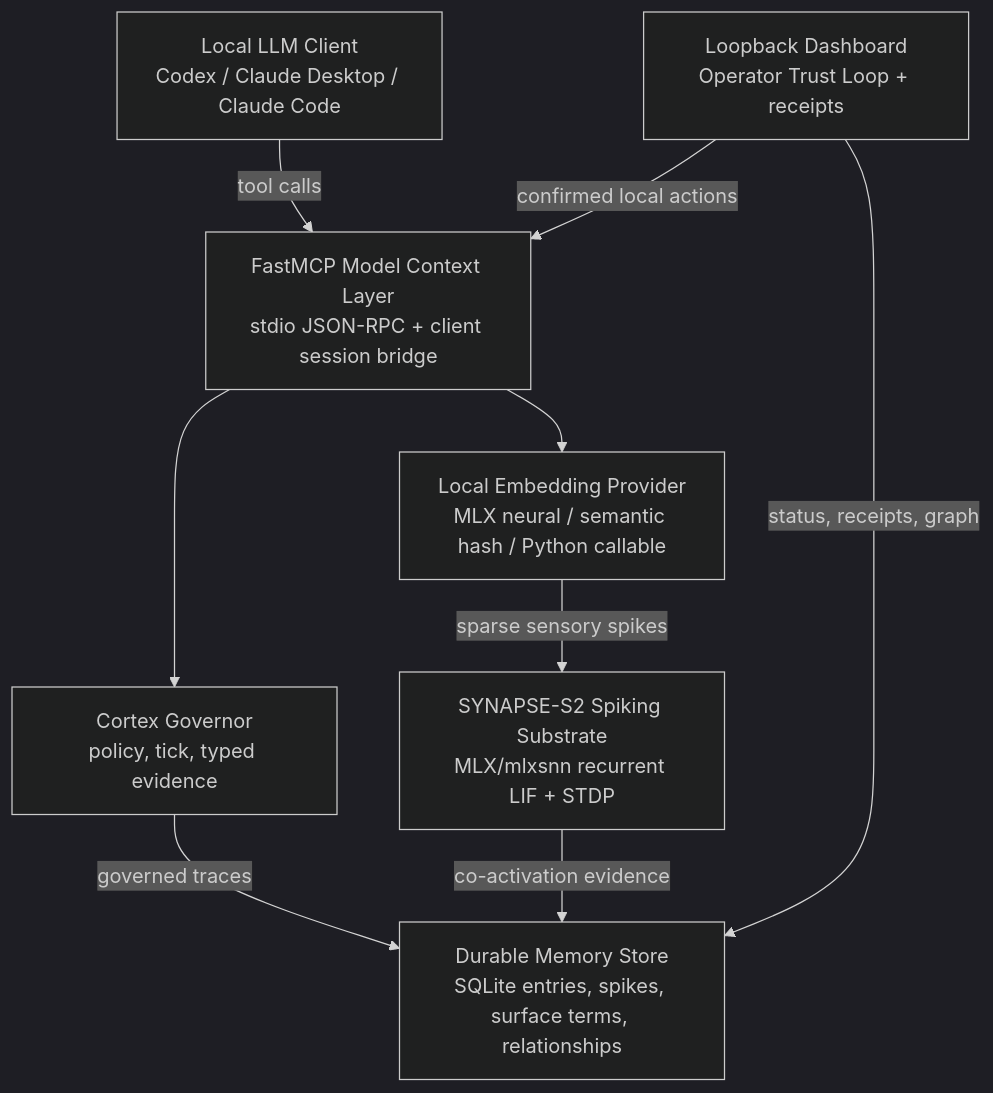
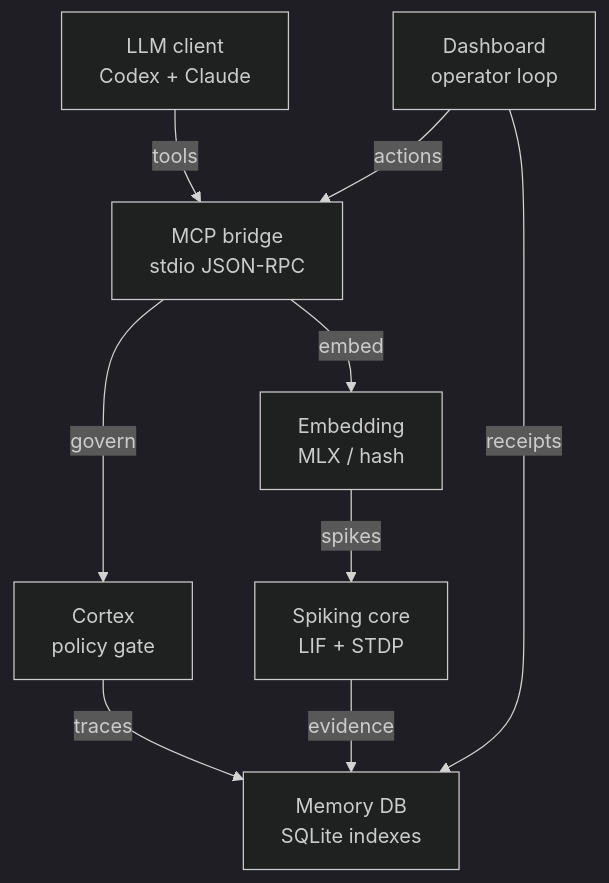
The first of 2 diagrams in README.md (driverd12/SYNAPSE-S2), drawn with Mermaid (dark theme) before and after one commit. The commit also changed other lines of this file and 2 other files, not shown here.

Commit message:
Fix Mermaid docs and align math notation

````diff
--- a/README.md
+++ b/README.md
@@ -445,19 +454,19 @@
 ```mermaid
 flowchart TB
-  Client["Local LLM Client<br/>Codex / Claude Desktop / Claude Code"]
-  MCP["FastMCP Model Context Layer<br/>stdio JSON-RPC + client session bridge"]
-  Embedding["Local Embedding Provider<br/>MLX neural / semantic hash / Python callable"]
-  Cortex["Cortex Governor<br/>policy, tick, typed evidence"]
-  Memory["SYNAPSE-S2 Spiking Substrate<br/>MLX/mlxsnn recurrent LIF + STDP"]
-  Store["Durable Memory Store<br/>SQLite entries, spikes, surface terms, relationships"]
-  Dashboard["Loopback Dashboard<br/>Operator Trust Loop + receipts"]
+  Client["LLM client<br/>Codex + Claude"]
+  MCP["MCP bridge<br/>stdio JSON-RPC"]
+  Embedding["Embedding<br/>MLX / hash"]
+  Cortex["Cortex<br/>policy gate"]
+  Memory["Spiking core<br/>LIF + STDP"]
+  Store["Memory DB<br/>SQLite indexes"]
+  Dashboard["Dashboard<br/>operator loop"]
 
-  Client -->|"tool calls"| MCP
-  MCP --> Embedding
-  Embedding -->|"sparse sensory spikes"| Memory
-  MCP --> Cortex
-  Cortex -->|"governed traces"| Store
-  Memory -->|"co-activation evidence"| Store
-  Dashboard -->|"confirmed local actions"| MCP
-  Dashboard -->|"status, receipts, graph"| Store
+  Client -->|"tools"| MCP
+  MCP -->|"embed"| Embedding
+  Embedding -->|"spikes"| Memory
+  MCP -->|"govern"| Cortex
+  Cortex -->|"traces"| Store
+  Memory -->|"evidence"| Store
+  Dashboard -->|"actions"| MCP
+  Dashboard -->|"receipts"| Store
 ```
````
